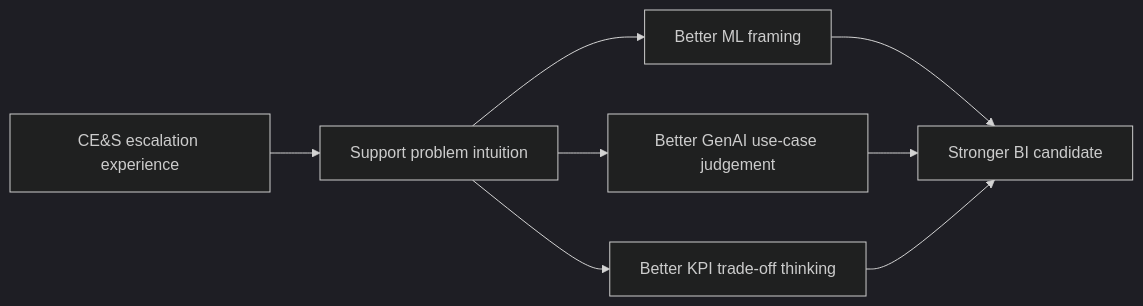
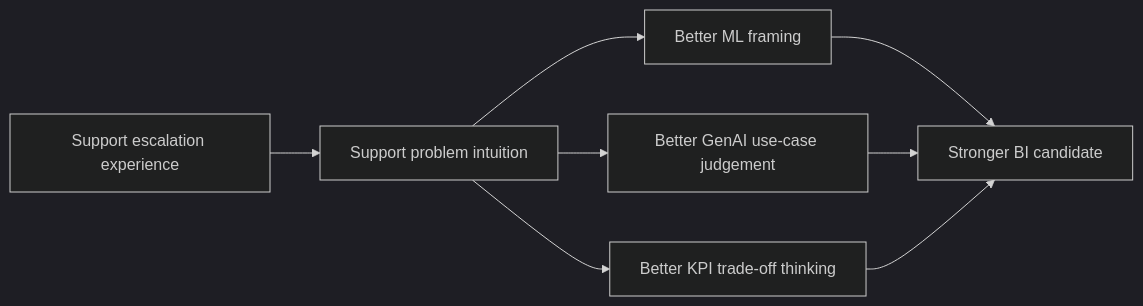
One commit to hichauhan-in/Interview-Prep changed the first of 21 diagrams in BI Data Analyst/prep/Part-11-Misc-Deeper-Topics.md. Above: the diagram before and after it, drawn with Mermaid (dark theme). The commit also changed other lines of this file and 32 other files, not shown here.

````diff
--- a/BI Data Analyst/prep/Part-11-Misc-Deeper-Topics.md
+++ b/BI Data Analyst/prep/Part-11-Misc-Deeper-Topics.md
@@ -25,10 +22,10 @@
 ```mermaid
 flowchart LR
-    A[CE&S escalation experience] --> B[Support problem intuition]
+    A[Support escalation experience] --> B[Support problem intuition]
     B --> C[Better ML framing]
     B --> D[Better GenAI use-case judgement]
     B --> E[Better KPI trade-off thinking]
     C --> F[Stronger BI candidate]
     D --> F
     E --> F
 ```
````
